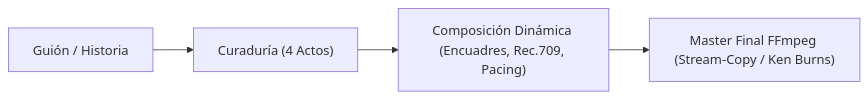
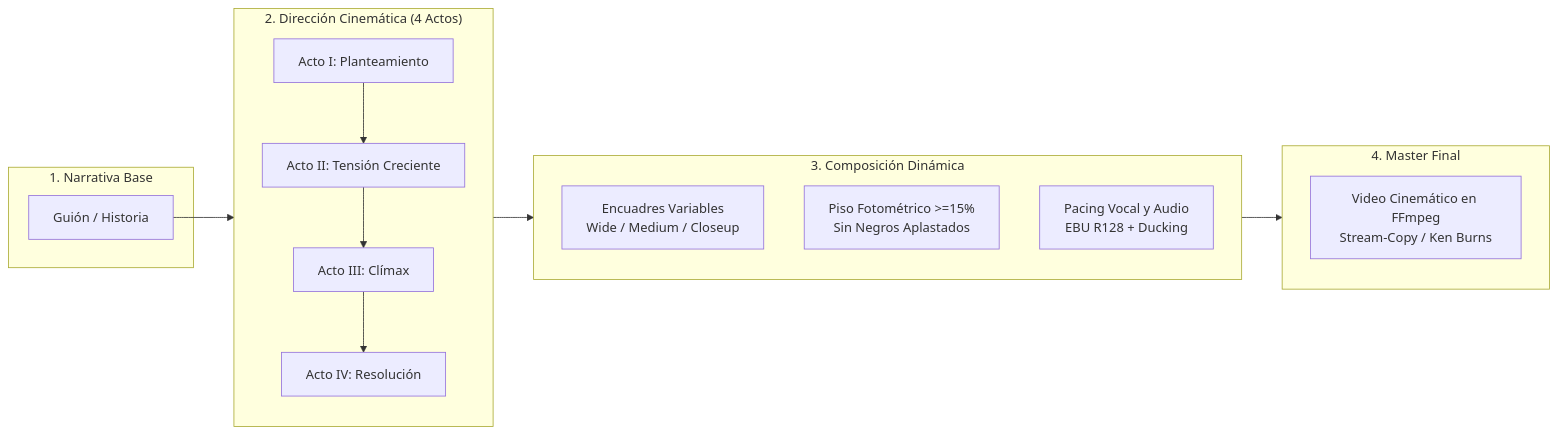
Before and after one commit to soyaelithia-ui/yt-auto: the first of 3 diagrams in docs/PROPUESTA_EVOLUCION_PIPELINE_VISUAL.md, drawn with Mermaid. The commit also changed other lines of this file and 81 other files, not shown here.

Commit message:
chore: prune legacy graphics and enable cookie uploads

````diff
--- a/docs/PROPUESTA_EVOLUCION_PIPELINE_VISUAL.md
+++ b/docs/PROPUESTA_EVOLUCION_PIPELINE_VISUAL.md
@@ -9,6 +19,26 @@
 ```mermaid
 flowchart LR
-    G[Guión / Historia] --> C["Curaduría (4 Actos)"]
-    C --> V["Composición Dinámica (Encuadres, Rec.709, Pacing)"]
-    V --> M["Master Final FFmpeg (Stream-Copy / Ken Burns)"]
+    subgraph ENTRADA["1. Narrativa Base"]
+        G[Guión / Historia]
+    end
+
+    subgraph CURADURIA["2. Dirección Cinemática (4 Actos)"]
+        A1[Acto I: Planteamiento] --> A2[Acto II: Tensión Creciente]
+        A2 --> A3[Acto III: Clímax]
+        A3 --> A4[Acto IV: Resolución]
+    end
+
+    subgraph VISUAL["3. Composición Dinámica"]
+        C1[Encuadres Variables<br/>Wide / Medium / Closeup]
+        C2[Piso Fotométrico >=15%<br/>Sin Negros Aplastados]
+        C3[Pacing Vocal y Audio<br/>EBU R128 + Ducking]
+    end
+
+    subgraph SALIDA["4. Master Final"]
+        M[Video Cinemático en FFmpeg<br/>Stream-Copy / Ken Burns]
+    end
+
+    G --> CURADURIA
+    CURADURIA --> VISUAL
+    VISUAL --> SALIDA
 ```
````
